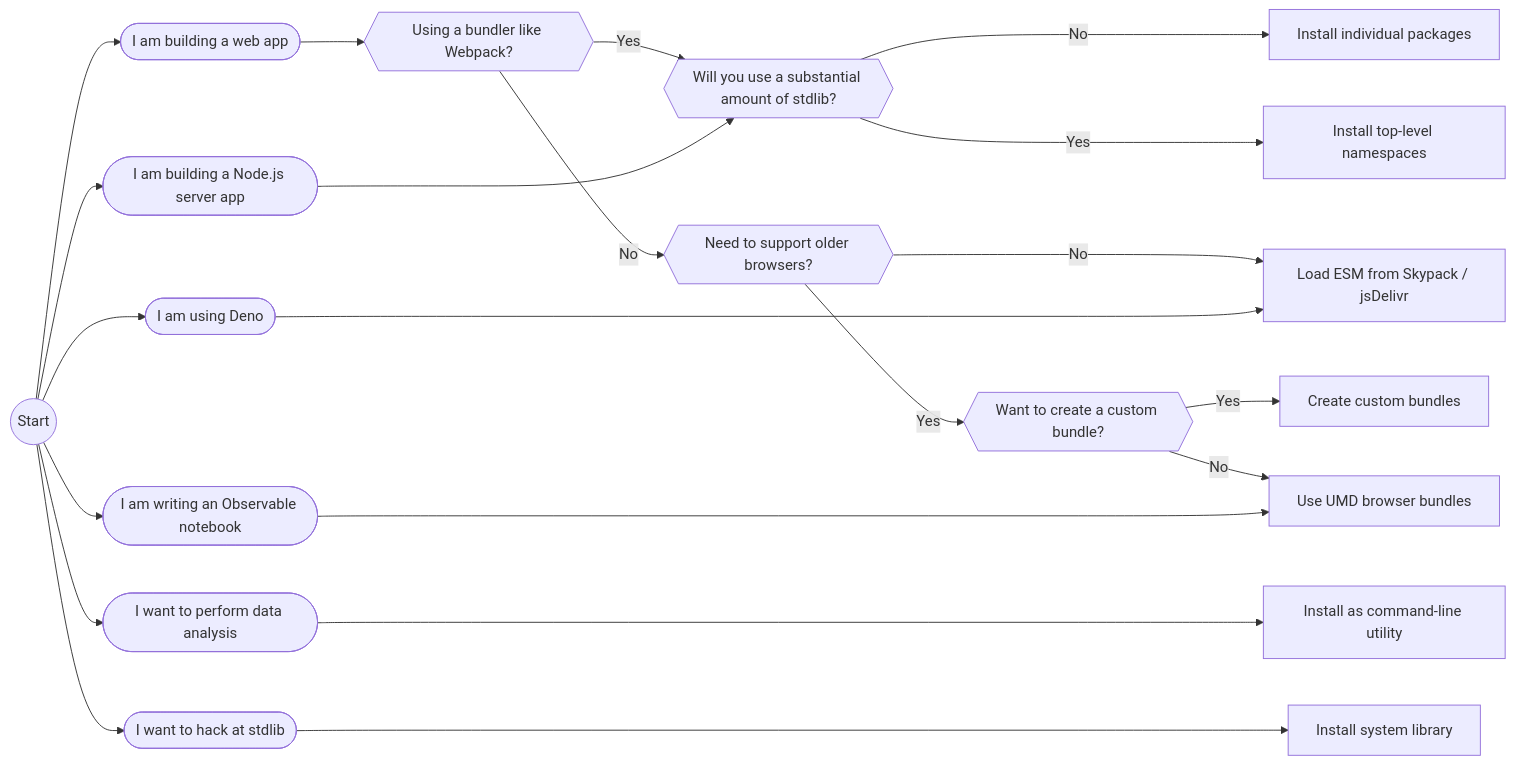
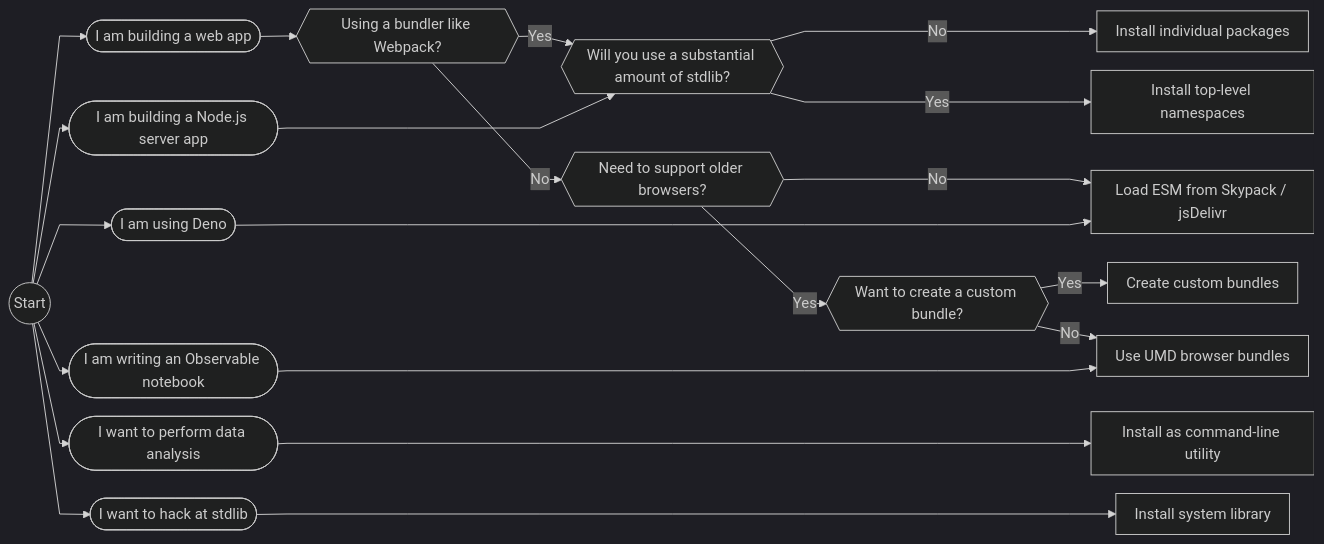
One commit to stdlib-js/stdlib changed the diagram in README.md. Above: the diagram before and after it, drawn with Mermaid.

Commit message:
Set flowchart configuration options

````diff
--- a/README.md
+++ b/README.md
@@ -191,47 +191,48 @@
 ```mermaid
+%%{init: { 'logLevel': 'debug', 'theme': 'dark', 'flowchart': { 'nodeSpacing': 20, 'rankSpacing': 20, 'useMaxWidth': false, 'defaultRenderer': 'dagre-wrapper', 'padding': 10, 'diagramPadding': 0, 'htmlLabels': true, 'curve': 'linear' } } }%%
 graph LR
     Z((Start))
 
     A([I want to perform data analysis])
     B([I am building a web app])
     B1{{Using a bundler like Webpack?}}
     B2{{Need to support older browsers?}}
     B3{{Want to create a custom bundle?}}
     C([I am building a Node.js server app])
     C1{{Will you use a substantial amount of stdlib?}}
     D([I am using Deno])
     E([I am writing an Observable notebook])
     F([I want to hack at stdlib])
 
     G[Install as command-line utility]
     H[Install individual packages]
     I[Create custom bundles]
     J[Use UMD browser bundles]
     K[Install system library]
     L[Install top-level namespaces]
     M[Load ESM from Skypack / jsDelivr]
 
     Z --> B --> B1
     B1 -- Yes --> C1
     B1 -- No --> B2
     B2 -- No --> M
     B2 -- Yes --> B3
     B3 -- Yes --> I
     B3 -- No --> J
 
     Z --> C ---> C1
     C1 -- No ---> H
     C1 -- Yes ---> L
 
     Z --> D -----> M
     Z --> A -----> G
     Z --> F -----> K
     Z --> E -----> J
 
     click G href "https://github.com/stdlib-js/stdlib/tree/user-stories-diagram#command-line-utility"
     click H href "https://github.com/stdlib-js/stdlib/tree/user-stories-diagram#individual-packages"
     click I href "https://github.com/stdlib-js/stdlib/tree/user-stories-diagram#custom-bundles"
     click J href "https://github.com/stdlib-js/stdlib/tree/user-stories-diagram#browser-bundles"
     click L href "https://github.com/stdlib-js/stdlib/tree/user-stories-diagram#namespaces"
     click K href "https://github.com/stdlib-js/stdlib/tree/user-stories-diagram#system-library"
  ```
````
